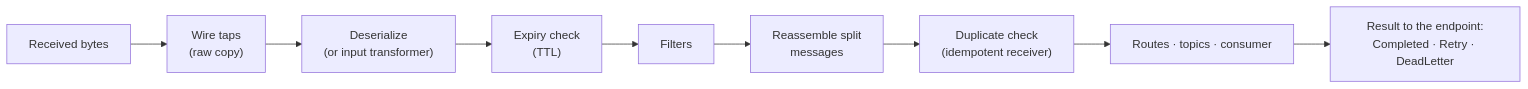
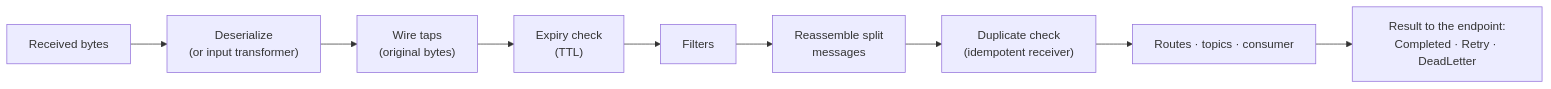
Before and after one commit to nymankla/NymBroker: the first of 2 diagrams in docs/reliability.md, drawn with Mermaid. The commit also changed other lines of this file and 13 other files, not shown here.

````diff
--- a/docs/reliability.md
+++ b/docs/reliability.md
@@ -9,11 +9,11 @@
 ```mermaid
 flowchart LR
-    A["Received bytes"] --> B["Wire taps<br/>(raw copy)"]
-    B --> C["Deserialize<br/>(or input transformer)"]
-    C --> D["Expiry check<br/>(TTL)"]
+    A["Received bytes"] --> C["Deserialize<br/>(or input transformer)"]
+    C --> B["Wire taps<br/>(original bytes)"]
+    B --> D["Expiry check<br/>(TTL)"]
     D --> E["Filters"]
     E --> S["Reassemble split<br/>messages"]
     S --> I["Duplicate check<br/>(idempotent receiver)"]
     I --> F["Routes · topics · consumer"]
     F --> G["Result to the endpoint:<br/>Completed · Retry · DeadLetter"]
 ```
````
